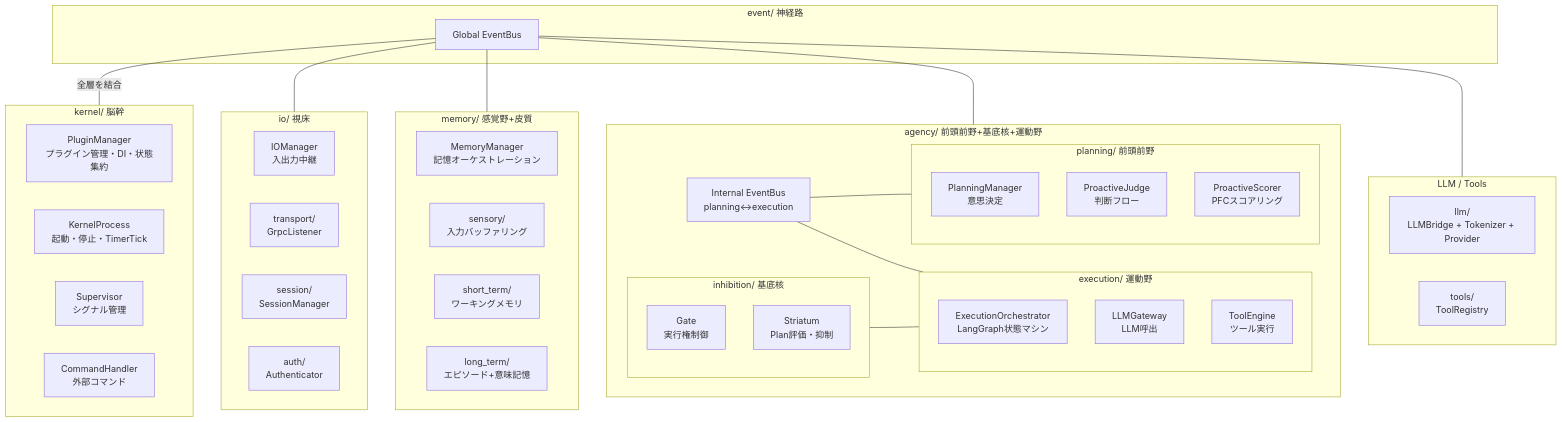
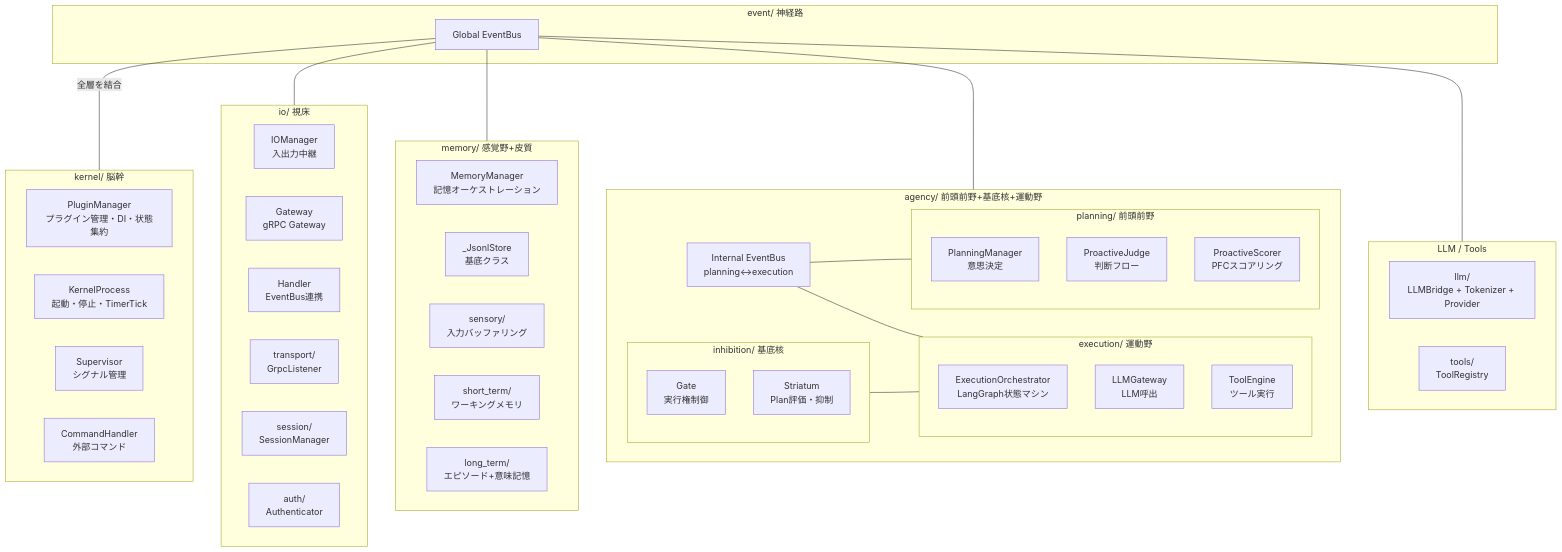
Before and after one commit to ibukani/iris-mind: the first of 4 diagrams in docs/architecture.md, drawn with Mermaid. The commit also changed other lines of this file and 9 other files, not shown here.

````diff
--- a/docs/architecture.md
+++ b/docs/architecture.md
@@ -9,63 +9,66 @@
 ```mermaid
 flowchart TD
     subgraph Kernel["kernel/ 脳幹"]
         K_Plugin["PluginManager<br/>プラグイン管理・DI・状態集約"]
         K_Process["KernelProcess<br/>起動・停止・TimerTick"]
         K_Supervisor["Supervisor<br/>シグナル管理"]
         K_Command["CommandHandler<br/>外部コマンド"]
     end
 
     subgraph IO["io/ 視床"]
         IO_Manager["IOManager<br/>入出力中継"]
+        IO_Gateway["Gateway<br/>gRPC Gateway"]
+        IO_Handler["Handler<br/>EventBus連携"]
         IO_Trans["transport/<br/>GrpcListener"]
         IO_Session["session/<br/>SessionManager"]
         IO_Auth["auth/<br/>Authenticator"]
     end
 
     subgraph Memory["memory/ 感覚野+皮質"]
         M_Manager["MemoryManager<br/>記憶オーケストレーション"]
+        M_Base["_JsonlStore<br/>基底クラス"]
         M_Sensory["sensory/<br/>入力バッファリング"]
         M_STM["short_term/<br/>ワーキングメモリ"]
         M_LTM["long_term/<br/>エピソード+意味記憶"]
     end
 
     subgraph Agency["agency/ 前頭前野+基底核+運動野"]
         A_Bus["Internal EventBus<br/>planning↔execution"]
 
         subgraph Planning["planning/ 前頭前野"]
             P_Manager["PlanningManager<br/>意思決定"]
             P_Judge["ProactiveJudge<br/>判断フロー"]
             P_Scoring["ProactiveScorer<br/>PFCスコアリング"]
         end
 
         subgraph Inhibition["inhibition/ 基底核"]
             I_Gate["Gate<br/>実行権制御"]
             I_Striatum["Striatum<br/>Plan評価・抑制"]
         end
 
         subgraph Execution["execution/ 運動野"]
             E_Orch["ExecutionOrchestrator<br/>LangGraph状態マシン"]
             E_LLM["LLMGateway<br/>LLM呼出"]
             E_Engine["ToolEngine<br/>ツール実行"]
         end
     end
 
     subgraph Infra["LLM / Tools"]
         I_LLM["llm/<br/>LLMBridge + Tokenizer + Provider"]
         I_TOOLS["tools/<br/>ToolRegistry"]
     end
 
     subgraph Event["event/ 神経路"]
         EB["Global EventBus"]
     end
 
     EB ---|全層を結合| Kernel
     EB --- IO
     EB --- Memory
     EB --- Agency
     EB --- Infra
 
     A_Bus --- Planning
     A_Bus --- Execution
     Inhibition --- Execution
 ```
````
